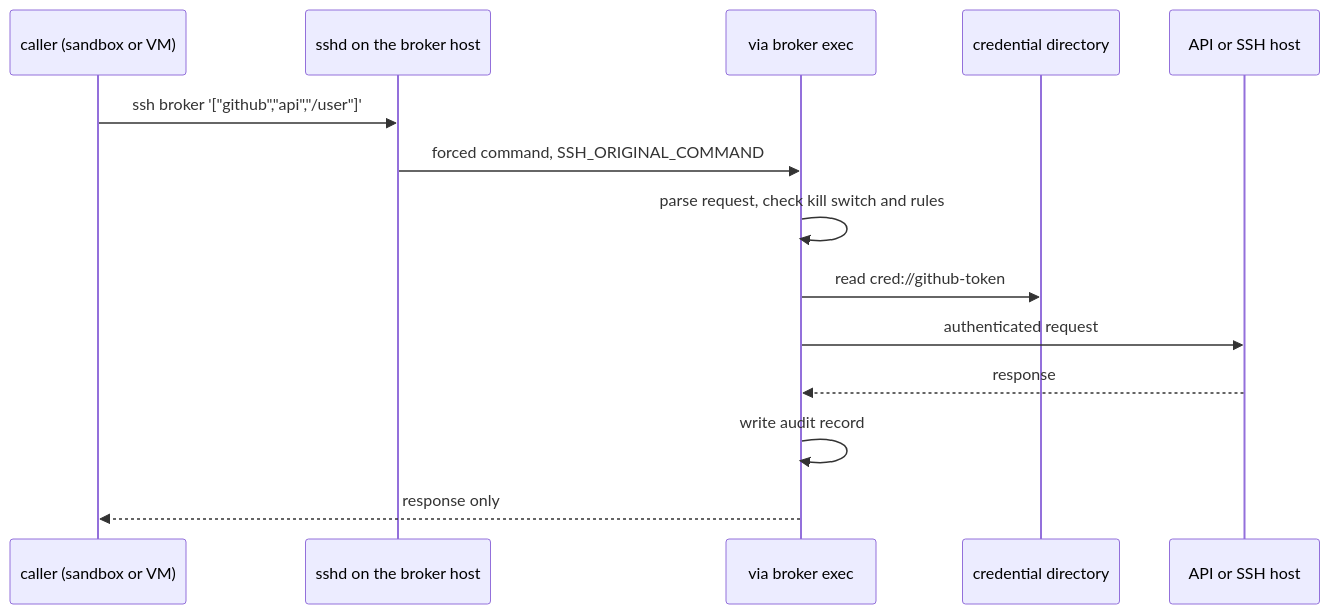
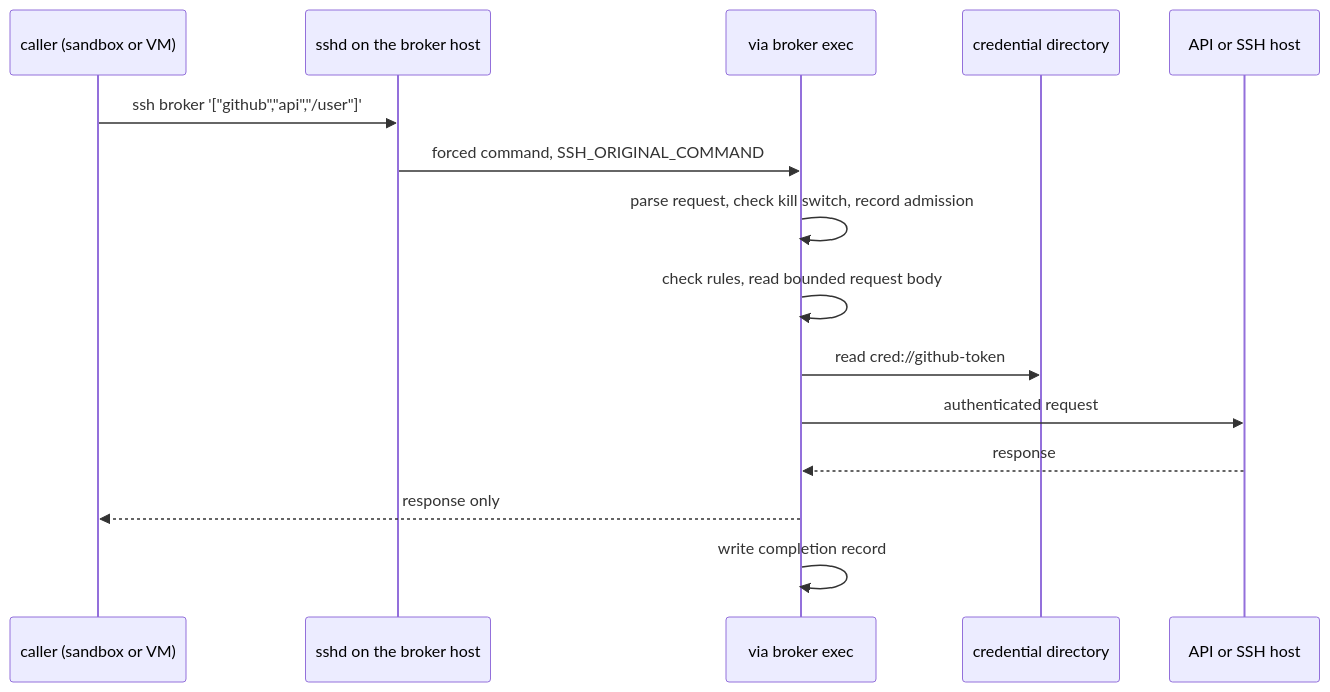
One commit to tee8z/via changed the diagram in docs/broker-mode.md. Above: the diagram before and after it, drawn with Mermaid. The commit also changed other lines of this file and 10 other files, not shown here.

````diff
--- a/docs/broker-mode.md
+++ b/docs/broker-mode.md
@@ -10,17 +10,18 @@
 ```mermaid
 sequenceDiagram
     participant Caller as caller (sandbox or VM)
     participant SSH as sshd on the broker host
     participant Via as via broker exec
     participant Provider as credential directory
     participant Service as API or SSH host
 
     Caller->>SSH: ssh broker '["github","api","/user"]'
     SSH->>Via: forced command, SSH_ORIGINAL_COMMAND
-    Via->>Via: parse request, check kill switch and rules
+    Via->>Via: parse request, check kill switch, record admission
+    Via->>Via: check rules, read bounded request body
     Via->>Provider: read cred://github-token
     Via->>Service: authenticated request
     Service-->>Via: response
-    Via->>Via: write audit record
     Via-->>Caller: response only
+    Via->>Via: write completion record
 ```
````
